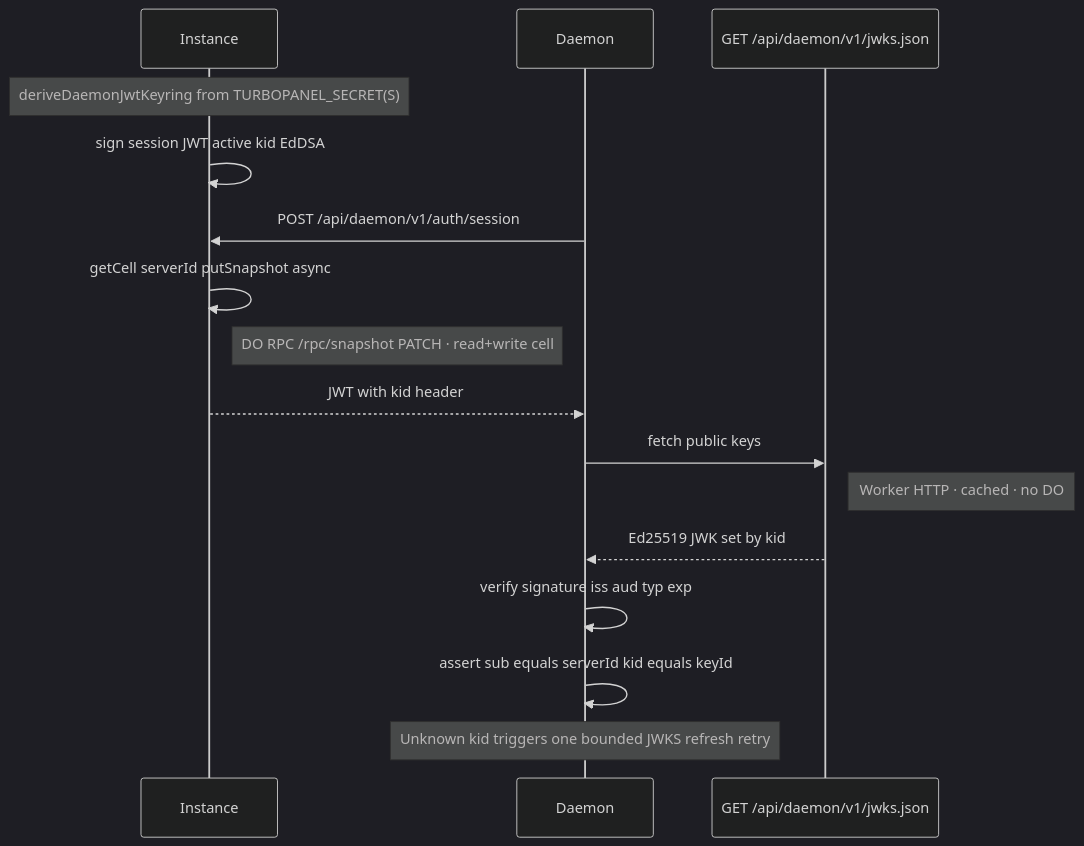
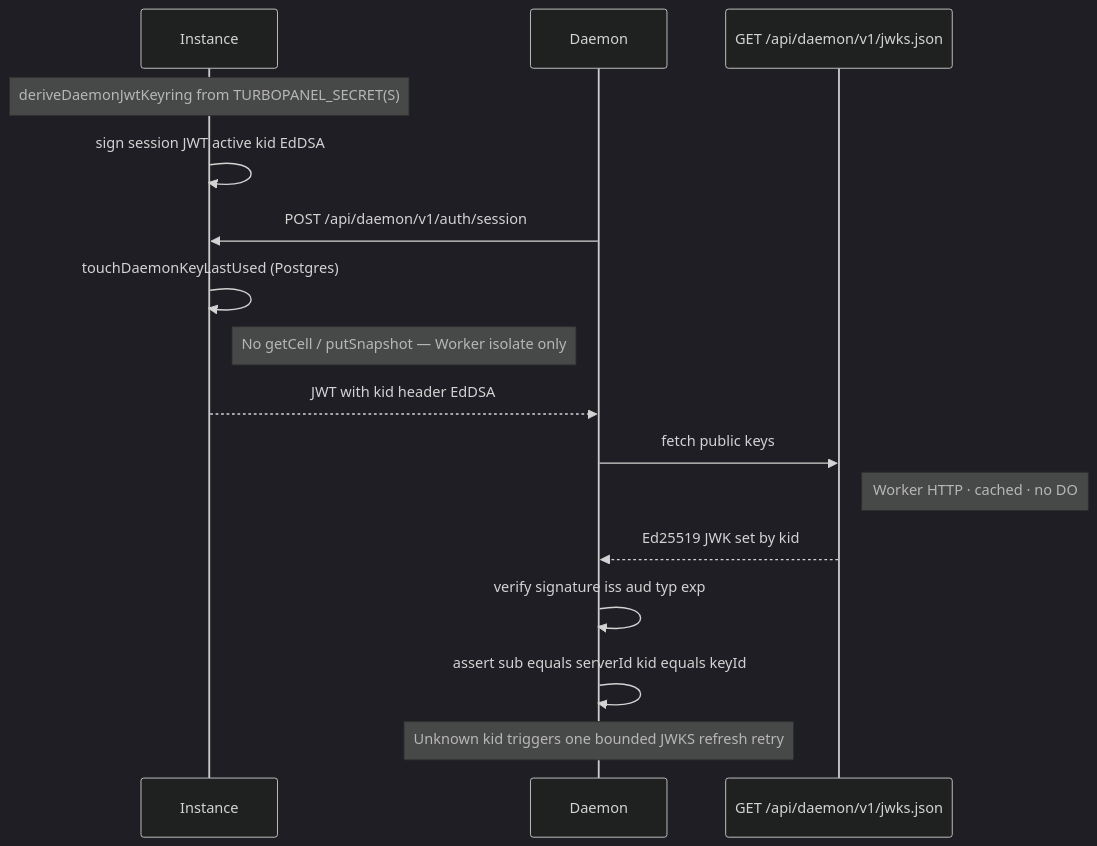
One commit to TurboPanel/website changed the seventh of 8 diagrams in docs/architecture/daemon-cell.mdx. Above: the diagram before and after it, drawn with Mermaid (dark theme). The commit also changed other lines of this file, not shown here.

````diff
--- a/docs/architecture/daemon-cell.mdx
+++ b/docs/architecture/daemon-cell.mdx
@@ -412,23 +406,23 @@
 ```mermaid
 sequenceDiagram
     participant Instance
     participant Daemon
     participant JWKS as GET /api/daemon/v1/jwks.json
 
     Note over Instance: deriveDaemonJwtKeyring from TURBOPANEL_SECRET(S)
     Instance->>Instance: sign session JWT active kid EdDSA
 
     Daemon->>Instance: POST /api/daemon/v1/auth/session
-    Instance->>Instance: getCell serverId putSnapshot async
-    Note right of Instance: DO RPC /rpc/snapshot PATCH · read+write cell
-    Instance-->>Daemon: JWT with kid header
+    Instance->>Instance: touchDaemonKeyLastUsed (Postgres)
+    Note right of Instance: No getCell / putSnapshot — Worker isolate only
+    Instance-->>Daemon: JWT with kid header EdDSA
 
     Daemon->>JWKS: fetch public keys
     Note right of JWKS: Worker HTTP · cached · no DO
     JWKS-->>Daemon: Ed25519 JWK set by kid
 
     Daemon->>Daemon: verify signature iss aud typ exp
     Daemon->>Daemon: assert sub equals serverId kid equals keyId
 
     Note over Daemon: Unknown kid triggers one bounded JWKS refresh retry
 ```
````
